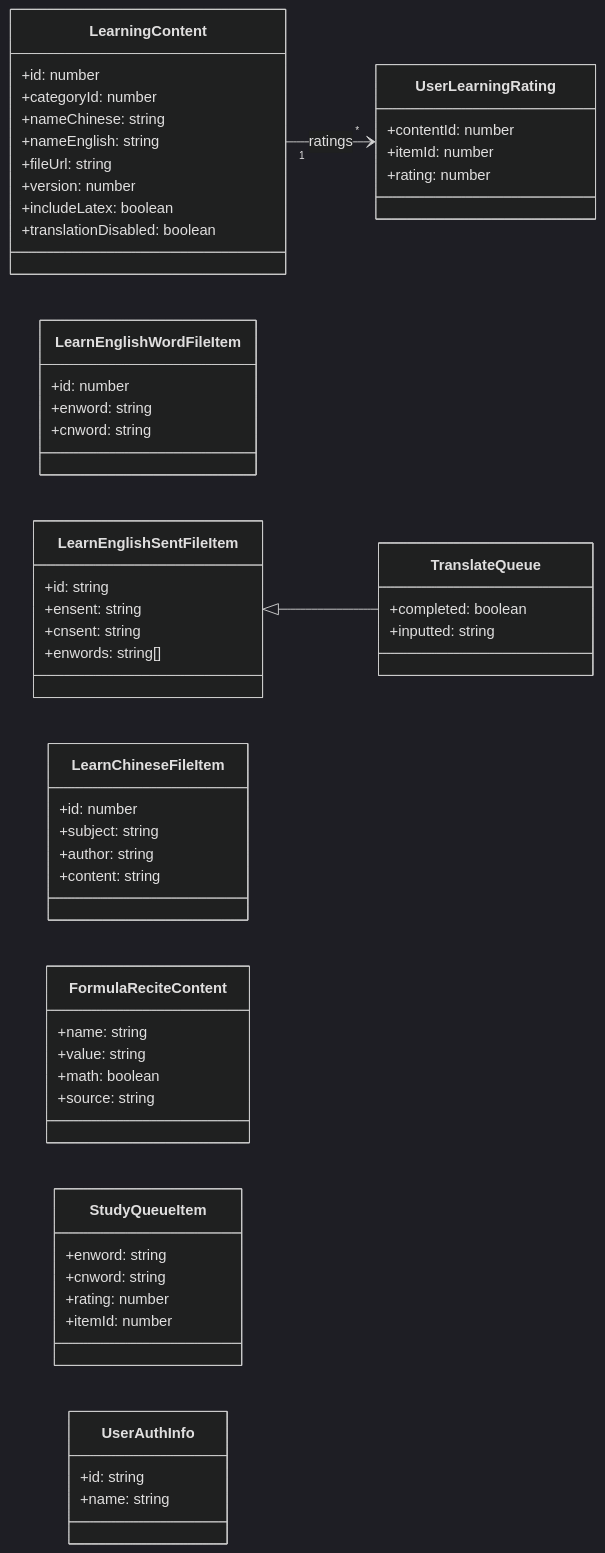
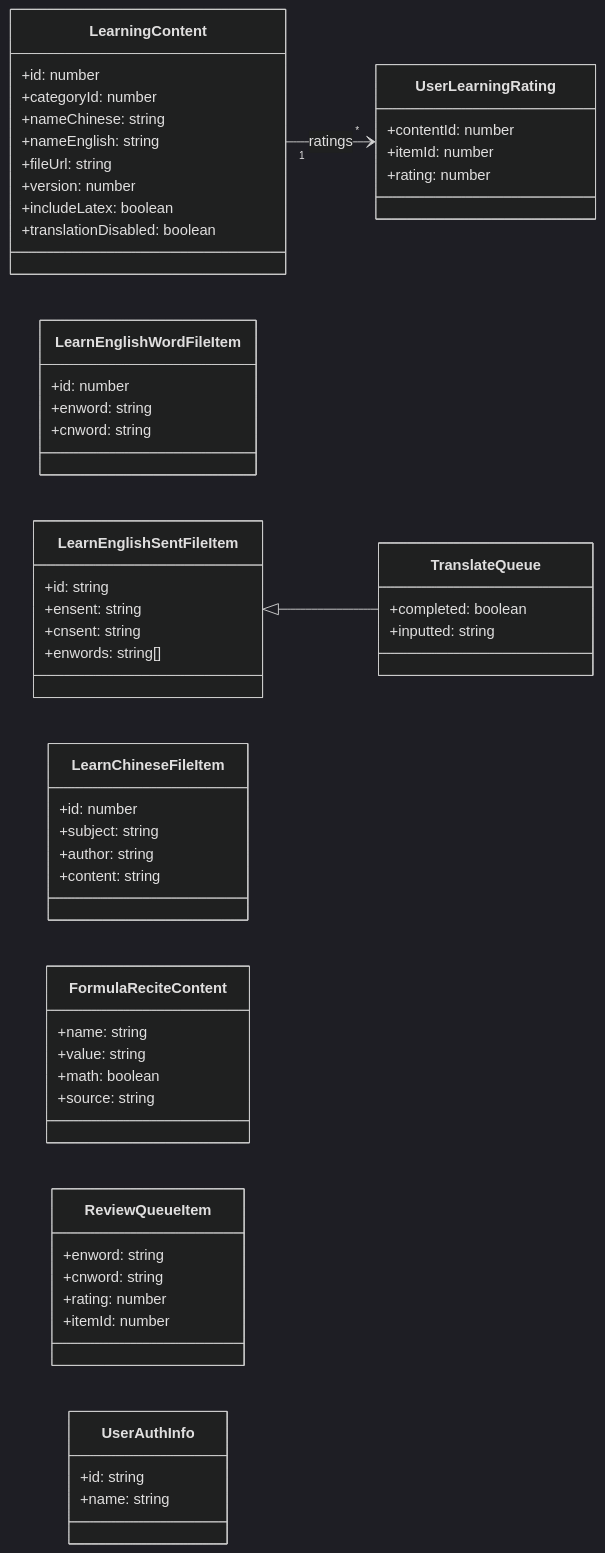
One commit to alvachien/knowledgebuilder changed the third of 5 diagrams in docs/data-models.md. Above: the diagram before and after it, drawn with Mermaid (dark theme). The commit also changed other lines of this file and 74 other files, not shown here.

````diff
--- a/docs/data-models.md
+++ b/docs/data-models.md
@@ -107,61 +107,61 @@
 ```mermaid
 classDiagram
   direction LR
 
   class LearningContent {
     +id: number
     +categoryId: number
     +nameChinese: string
     +nameEnglish: string
     +fileUrl: string
     +version: number
     +includeLatex: boolean
     +translationDisabled: boolean
   }
   class LearnEnglishWordFileItem {
     +id: number
     +enword: string
     +cnword: string
   }
   class LearnEnglishSentFileItem {
     +id: string
     +ensent: string
     +cnsent: string
     +enwords: string[]
   }
   class LearnChineseFileItem {
     +id: number
     +subject: string
     +author: string
     +content: string
   }
   class FormulaReciteContent {
     +name: string
     +value: string
     +math: boolean
     +source: string
   }
   class TranslateQueue {
     +completed: boolean
     +inputted: string
   }
   LearnEnglishSentFileItem <|-- TranslateQueue
 
-  class StudyQueueItem {
+  class ReviewQueueItem {
     +enword: string
     +cnword: string
     +rating: number
     +itemId: number
   }
 
   class UserLearningRating {
     +contentId: number
     +itemId: number
     +rating: number
   }
   class UserAuthInfo {
     +id: string
     +name: string
   }
   LearningContent "1" --> "*" UserLearningRating : ratings
 ```
````
